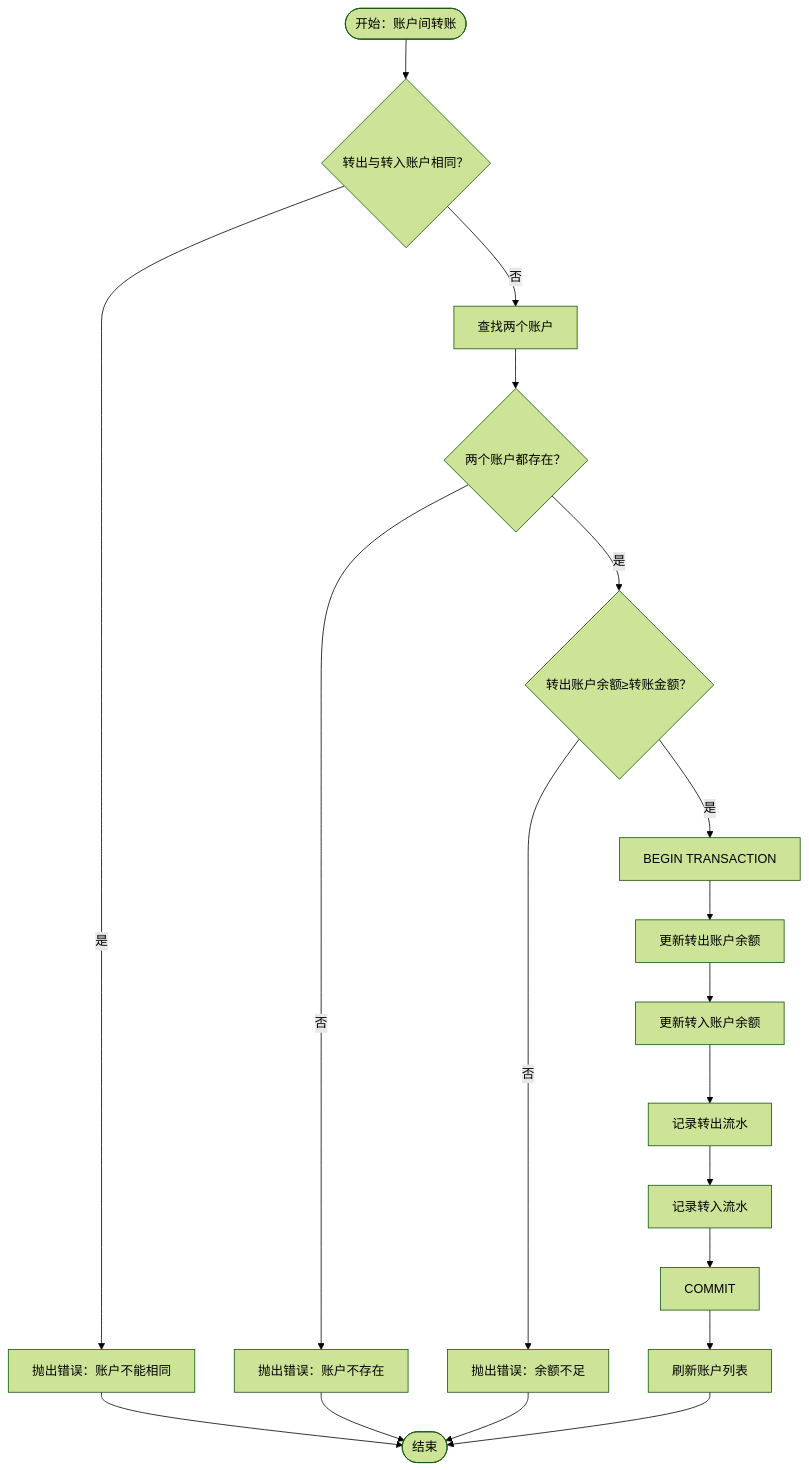
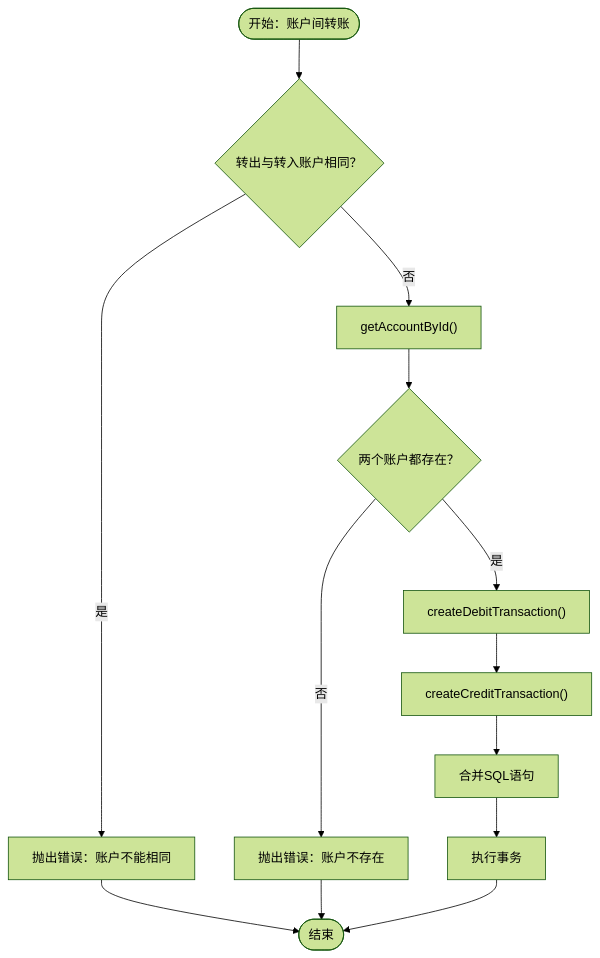
One commit to xiao-lin-unit/yuan changed the fourth of 11 diagrams in .qoder/repowiki/zh/content/账户管理/账户管理.md. Above: the diagram before and after it, drawn with Mermaid (forest theme). The commit also changed other lines of this file and 19 other files, not shown here.

````diff
--- a/.qoder/repowiki/zh/content/账户管理/账户管理.md
+++ b/.qoder/repowiki/zh/content/账户管理/账户管理.md
@@ -165,21 +173,15 @@
 ```mermaid
 flowchart TD
 TStart(["开始：账户间转账"]) --> Same{"转出与转入账户相同？"}
 Same -- 是 --> TE1["抛出错误：账户不能相同"]
-Same -- 否 --> Load["查找两个账户"]
+Same -- 否 --> Load["getAccountById()"]
 Load --> Exist{"两个账户都存在？"}
 Exist -- 否 --> TE2["抛出错误：账户不存在"]
-Exist -- 是 --> Enough{"转出账户余额≥转账金额？"}
-Enough -- 否 --> TE3["抛出错误：余额不足"]
-Enough -- 是 --> BeginTx["BEGIN TRANSACTION"]
-BeginTx --> FromUpd["更新转出账户余额"]
-FromUpd --> ToUpd["更新转入账户余额"]
-ToUpd --> LogOut["记录转出流水"]
-LogOut --> LogIn["记录转入流水"]
-LogIn --> Commit["COMMIT"]
-Commit --> Reload["刷新账户列表"]
-Reload --> TEnd(["结束"])
+Exist -- 是 --> Debit["createDebitTransaction()"]
+Debit --> Credit["createCreditTransaction()"]
+Credit --> Merge["合并SQL语句"]
+Merge --> Commit["执行事务"]
+Commit --> TEnd(["结束"])
 TE1 --> TEnd
 TE2 --> TEnd
-TE3 --> TEnd
 ```
````
